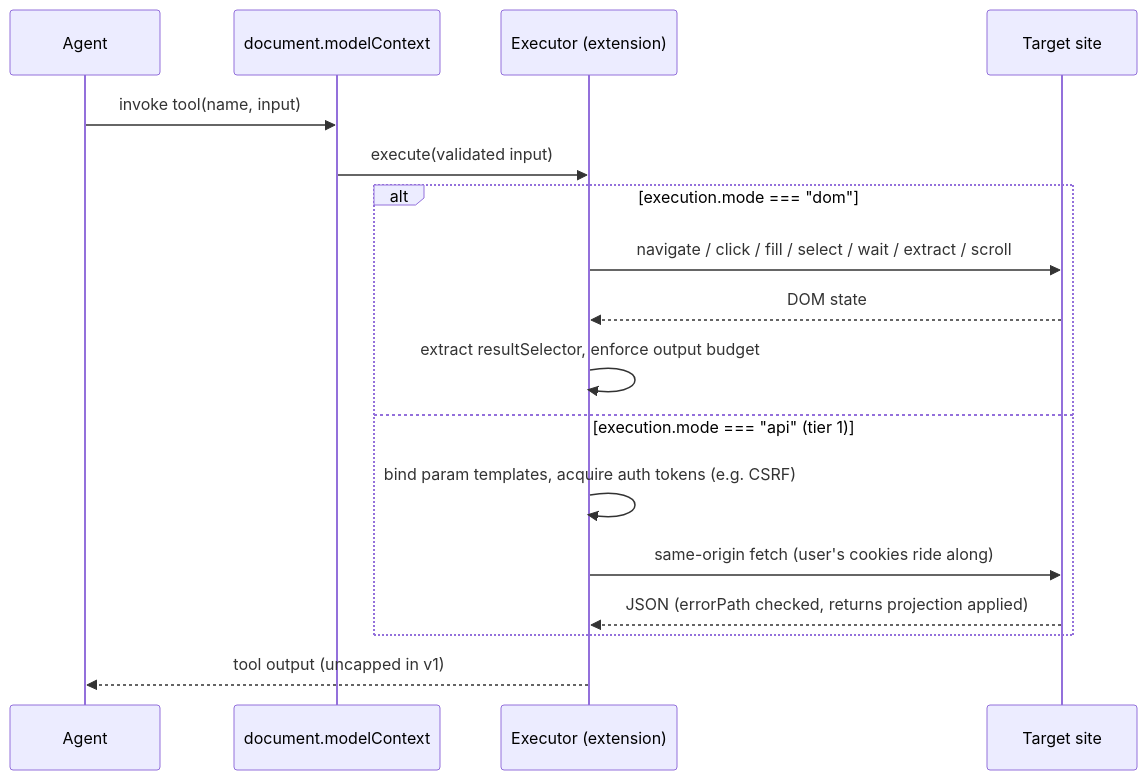
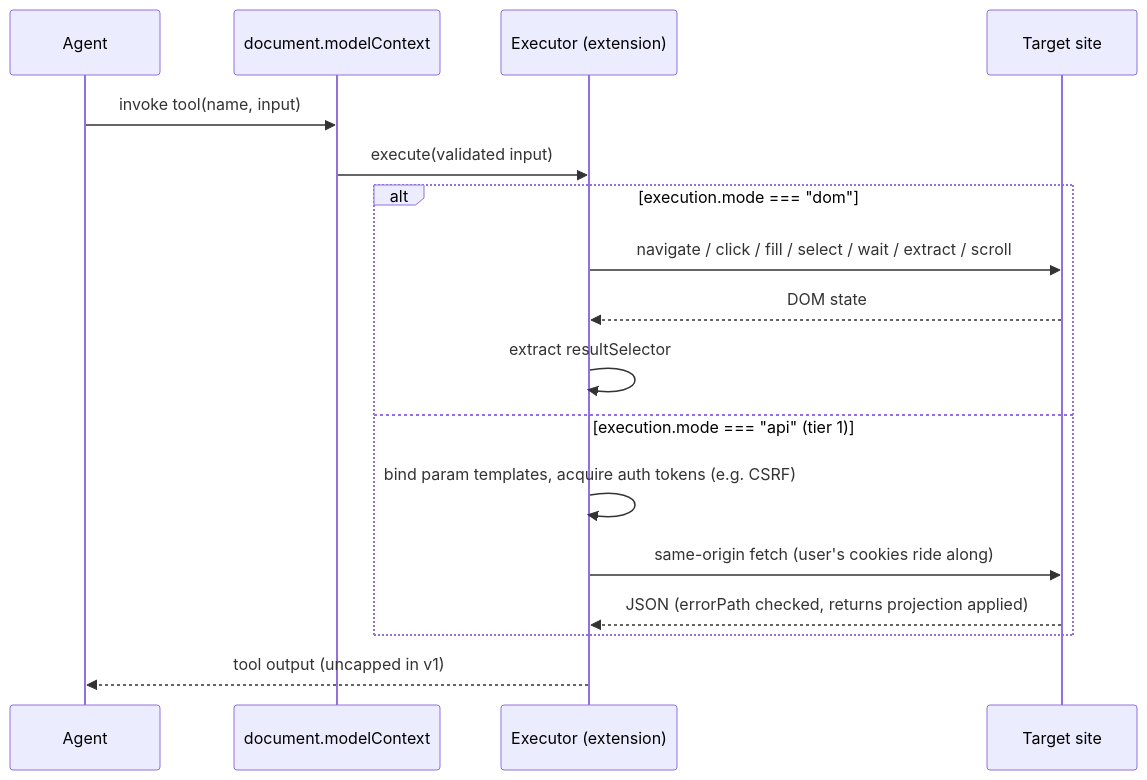
One commit to robertn702/webmcp-today changed the fourth of 5 diagrams in ARCHITECTURE.md. Above: the diagram before and after it, drawn with Mermaid. The commit also changed other lines of this file and 4 other files, not shown here.

Commit message:
docs: update system architecture, decisions, and ERD

````diff
--- a/ARCHITECTURE.md
+++ b/ARCHITECTURE.md
@@ -125,20 +132,20 @@
 ```mermaid
 sequenceDiagram
     participant A as Agent
     participant MC as document.modelContext
     participant EX as Executor (extension)
     participant S as Target site
 
     A->>MC: invoke tool(name, input)
     MC->>EX: execute(validated input)
     alt execution.mode === "dom"
         EX->>S: navigate / click / fill / select / wait / extract / scroll
         S-->>EX: DOM state
-        EX->>EX: extract resultSelector, enforce output budget
+        EX->>EX: extract resultSelector
     else execution.mode === "api" (tier 1)
         EX->>EX: bind param templates, acquire auth tokens (e.g. CSRF)
         EX->>S: same-origin fetch (user's cookies ride along)
         S-->>EX: JSON (errorPath checked, returns projection applied)
     end
     EX-->>A: tool output (uncapped in v1)
 ```
````
